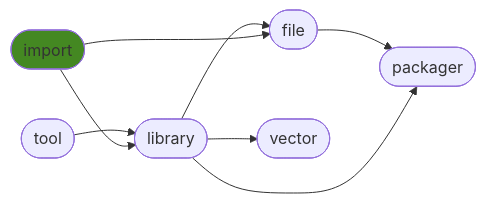
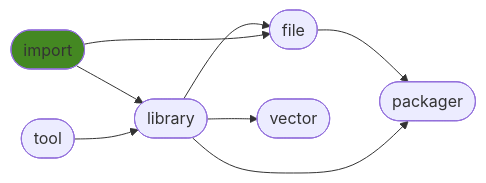
The diagram in README.md (ManderaGeneral/generalimport), drawn with Mermaid before and after one commit. The commit also changed other lines of this file, not shown here.

````diff
--- a/README.md
+++ b/README.md
@@ -28,17 +28,17 @@
 ```mermaid
 flowchart LR
 3([file]) --> 5([packager])
+0([import]) --> 2([library])
+2([library]) --> 3([file])
+2([library]) --> 5([packager])
+2([library]) --> 4([vector])
+0([import]) --> 3([file])
 1([tool]) --> 2([library])
-0([import]) --> 2([library])
-2([library]) --> 5([packager])
-2([library]) --> 3([file])
-0([import]) --> 3([file])
-2([library]) --> 4([vector])
 click 0 "https://github.com/ManderaGeneral/generalimport"
 click 1 "https://github.com/ManderaGeneral/generaltool"
 click 2 "https://github.com/ManderaGeneral/generallibrary"
 click 3 "https://github.com/ManderaGeneral/generalfile"
 click 4 "https://github.com/ManderaGeneral/generalvector"
 click 5 "https://github.com/ManderaGeneral/generalpackager"
 style 0 fill:#482
 ```
````
